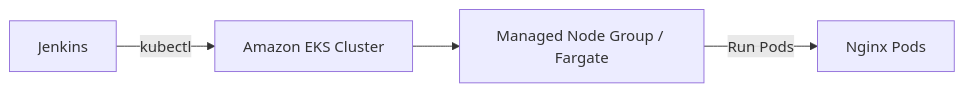
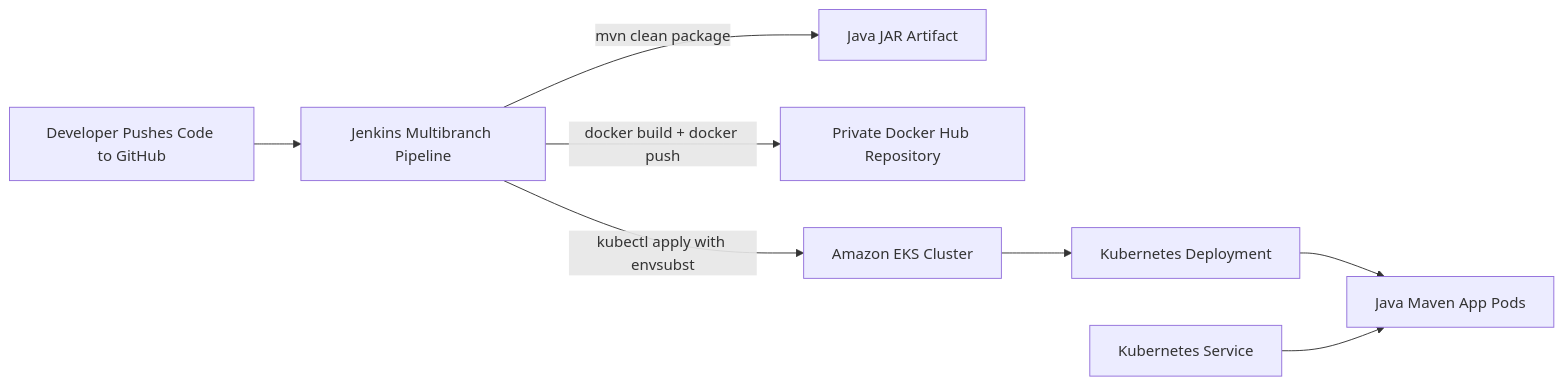
One commit to mustafa-saleh/kubernetes-aws-complete-ci-cd-pipeline-with-eks-and-aws-ecr changed the diagram in README.md. Above: the diagram before and after it, drawn with Mermaid. The commit also changed other lines of this file, not shown here.

````diff
--- a/README.md
+++ b/README.md
@@ -43,6 +77,10 @@
 ```mermaid
 flowchart LR
-    Jenkins -->|kubectl| EKS["Amazon EKS Cluster"]
-    EKS --> Nodes["Managed Node Group / Fargate"]
-    Nodes -->|Run Pods| App["Nginx Pods"]
+    Dev[Developer Pushes Code to GitHub] --> Jenkins[Jenkins Multibranch Pipeline]
+    Jenkins -->|mvn clean package| Artifact[Java JAR Artifact]
+    Jenkins -->|docker build + docker push| DockerHub[Private Docker Hub Repository]
+    Jenkins -->|kubectl apply with envsubst| EKS[Amazon EKS Cluster]
+    EKS --> Deployment[Kubernetes Deployment]
+    Deployment --> Pods[Java Maven App Pods]
+    Service[Kubernetes Service] --> Pods
 ```
````
